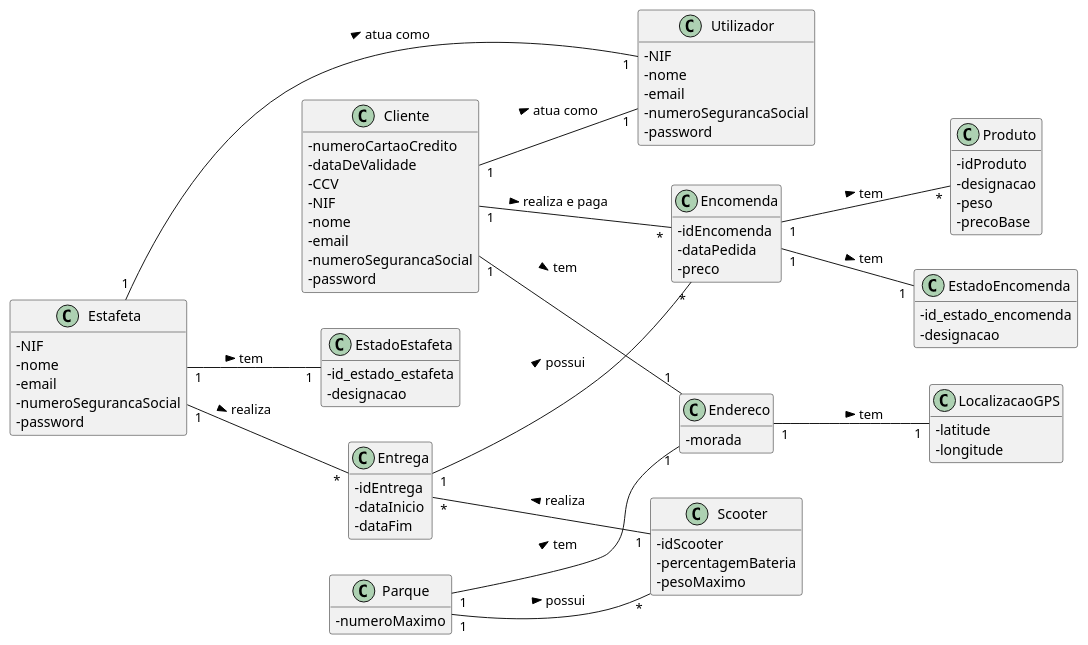
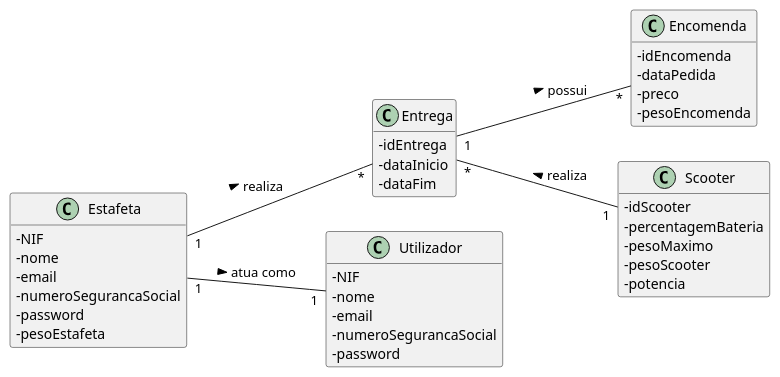
The diagram in docs/UC14/RegistoEntregaMD.puml (pedrolemos4/LAPR3), drawn with PlantUML before and after one commit. The commit also changed 1 other file, not shown here.

```diff
--- a/docs/UC14/RegistoEntregaMD.puml
+++ b/docs/UC14/RegistoEntregaMD.puml
@@ -1,97 +1,49 @@
 @startuml
 skinparam classAttributeIconSize 0
 hide methods
 left to right direction
 
 class Entrega {
   -idEntrega
   -dataInicio
   -dataFim
 }
 
 class Encomenda {
   -idEncomenda
   -dataPedida
   -preco
-}
-
-class EstadoEncomenda {
-  -id_estado_encomenda
-  -designacao
-}
-
-class Produto {
-  -idProduto
-  -designacao
-  -peso
-  -precoBase
+  -pesoEncomenda
 }
 
 class Estafeta {
   -NIF
   -nome
   -email
   -numeroSegurancaSocial
   -password
+  -pesoEstafeta
 }
 
-class EstadoEstafeta {
-  -id_estado_estafeta
-  -designacao
+class Scooter {
+  -idScooter
+  -percentagemBateria
+  -pesoMaximo
+  -pesoScooter
+  -potencia
 }
 
 class Utilizador {
   -NIF
   -nome
   -email
   -numeroSegurancaSocial
   -password
 }
 
-class Endereco {
-  -morada
-}
-
-class LocalizacaoGPS {
-  -latitude
-  -longitude
-}
-
-class Parque {
-  -numeroMaximo
-}
-
-class Scooter {
-  -idScooter
-  -percentagemBateria
-  -pesoMaximo
-}
-
-class Cliente {
-  -numeroCartaoCredito
-  -dataDeValidade
-  -CCV
-  -NIF
-  -nome
-  -email
-  -numeroSegurancaSocial
-  -password
-}
-
-Encomenda "1" -- "1" EstadoEncomenda : tem >
+Estafeta "1" -- "1" Utilizador: atua como >
 Entrega "1" -- "*" Encomenda : possui >
 Estafeta "1" -- "*" Entrega: realiza >
-Estafeta "1" -- "1" EstadoEstafeta: tem >
-Estafeta "1" -- "1" Utilizador: atua como >
-Endereco "1" -- "1" LocalizacaoGPS: tem >
-Cliente "1" -- "1" Endereco: tem >
-Cliente "1" -- "1" Utilizador: atua como >
-Cliente "1" -- "*" Encomenda: realiza e paga >
 Entrega "*" -- "1" Scooter: realiza <
-Encomenda "1" -- "*" Produto: tem >
-Parque "1" -- "1" Endereco: tem >
-Parque "1" -- "*" Scooter: possui >
-
-
 
 @enduml
```
